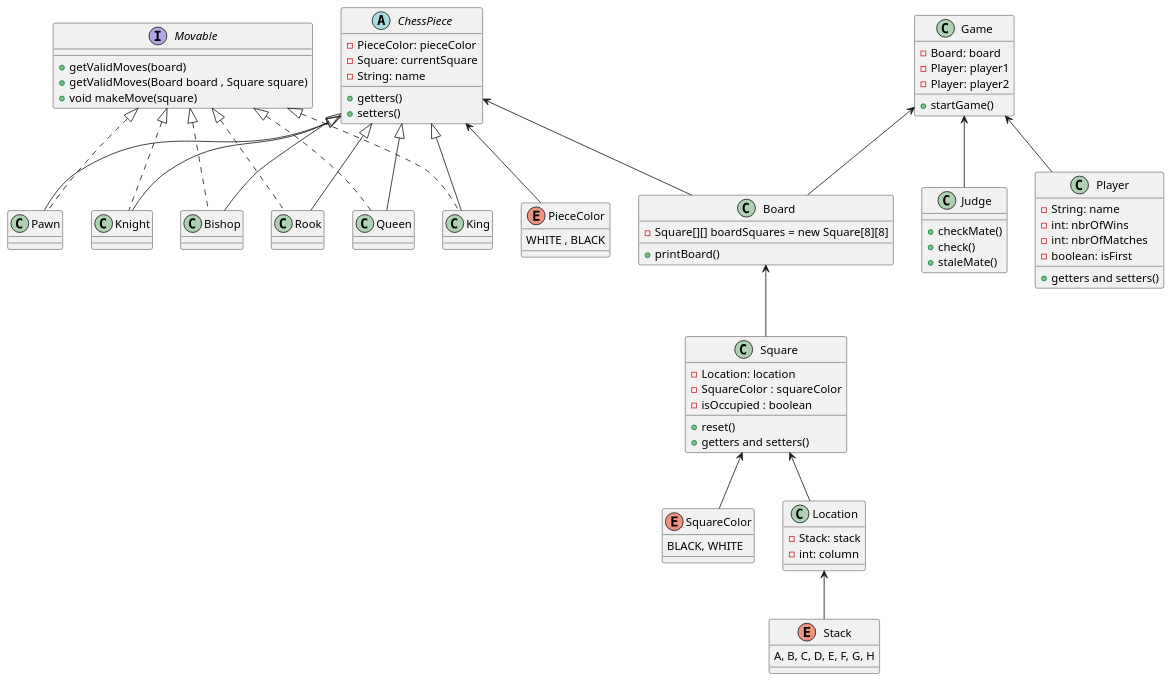
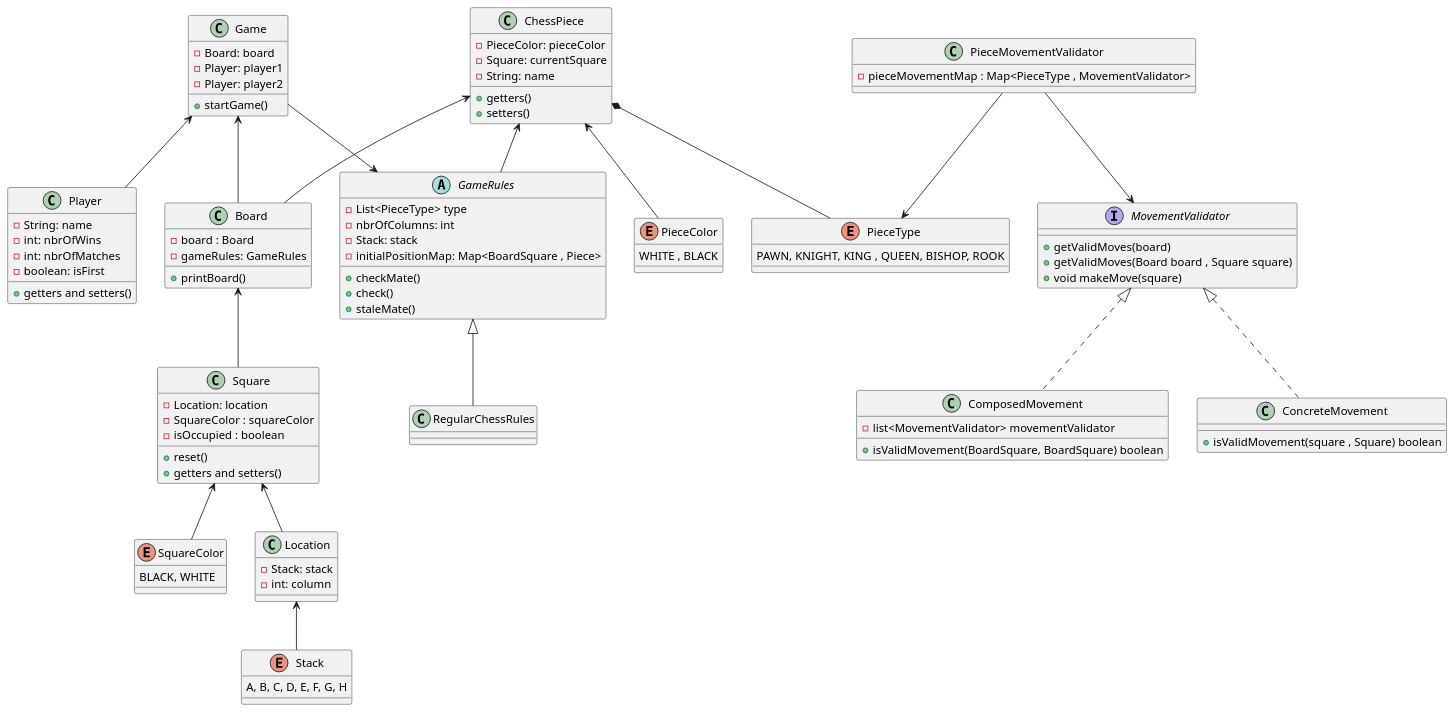
The diagram in src/main/java/chess/ChessUML.puml (AlbertoPizzi/TPAjedrez2022), drawn with PlantUML before and after one commit. The commit also changed 9 other files, not shown here.

```diff
--- a/src/main/java/chess/ChessUML.puml
+++ b/src/main/java/chess/ChessUML.puml
@@ -1,86 +1,99 @@
 @startuml
 class Game{
  - Board: board
  - Player: player1
  - Player: player2
 
  + startGame()
 }
 
 class Board{
-- Square[][] boardSquares = new Square[8][8]
+- board : Board
+- gameRules: GameRules
 + printBoard()
 }
 
 class Square{
 - Location: location
 - SquareColor : squareColor
 - isOccupied : boolean
 + reset()
 + getters and setters()
 
 }
 enum SquareColor{
 BLACK, WHITE
 }
 
 class Location{
 - Stack: stack
 - int: column
 
 }
 enum Stack{
 A, B, C, D, E, F, G, H
 }
-abstract class ChessPiece{
+class ChessPiece{
 - PieceColor: pieceColor
 - Square: currentSquare
 - String: name
 
 + getters()
 + setters()
 }
 enum PieceColor{
     WHITE , BLACK
 }
 
-class Pawn extends ChessPiece implements Movable{}
-
-class Knight extends ChessPiece implements Movable{}
-
-class Bishop extends ChessPiece implements Movable{}
-
-class Rook extends ChessPiece implements Movable{}
-
-class Queen extends ChessPiece implements Movable{}
-
-class King extends ChessPiece implements Movable{}
-
-interface Movable{
-+ getValidMoves(board)
-+ getValidMoves(Board board , Square square)
-+ void makeMove(square)
+enum PieceType{
+PAWN, KNIGHT, KING , QUEEN, BISHOP, ROOK
 }
 
-class Judge{
+abstract class GameRules{
+- List<PieceType> type
+- nbrOfColumns: int
+- Stack: stack
+- initialPositionMap: Map<BoardSquare , Piece>
     + checkMate()
     + check()
     + staleMate()
 }
+class RegularChessRules extends GameRules{}
 class Player{
  -String: name
  -int: nbrOfWins
  -int: nbrOfMatches
  -boolean: isFirst
  +getters and setters()
 }
+
+class PieceMovementValidator {
+ - pieceMovementMap : Map<PieceType , MovementValidator>
+}
+
+interface MovementValidator{
++ getValidMoves(board)
++ getValidMoves(Board board , Square square)
++ void makeMove(square)
+}
+class ComposedMovement implements MovementValidator{
+- list<MovementValidator> movementValidator
++ isValidMovement(BoardSquare, BoardSquare) boolean
+}
+class ConcreteMovement implements MovementValidator{
++ isValidMovement(square , Square) boolean
+}
 Square <-- SquareColor
 Square <-- Location
 Location <-- Stack
 Board <-- Square
+ChessPiece <-- GameRules
 ChessPiece <-- PieceColor
 Game <-- Board
 ChessPiece <-- Board
-Game <-- Judge
+Game --> GameRules
 Game <-- Player
+ChessPiece *-- PieceType
+PieceMovementValidator --> PieceType
+PieceMovementValidator --> MovementValidator
 @enduml
```
